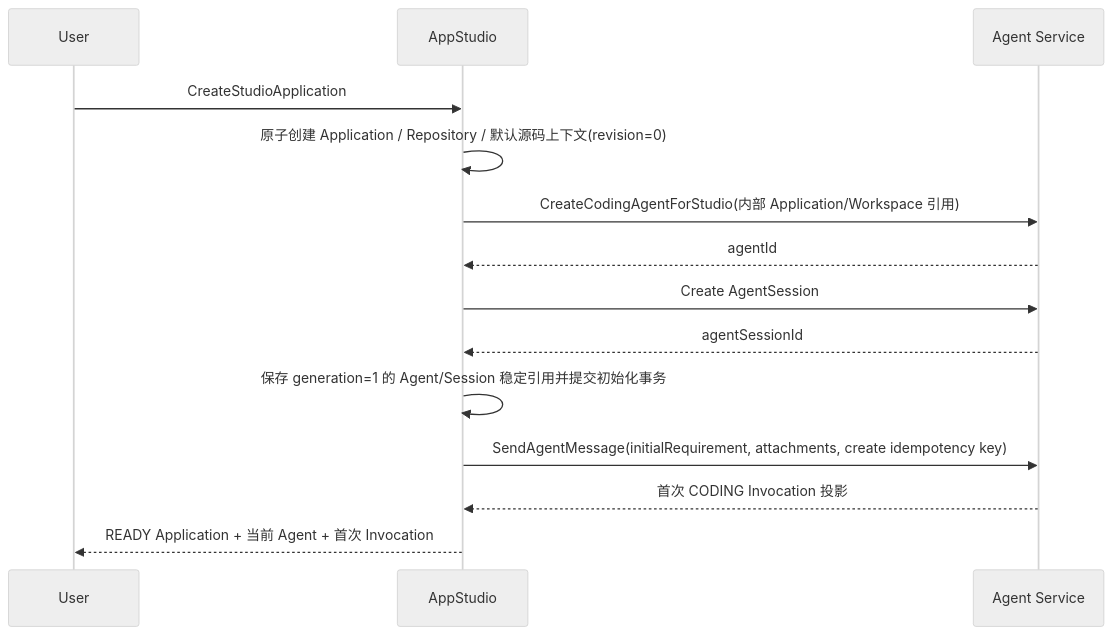
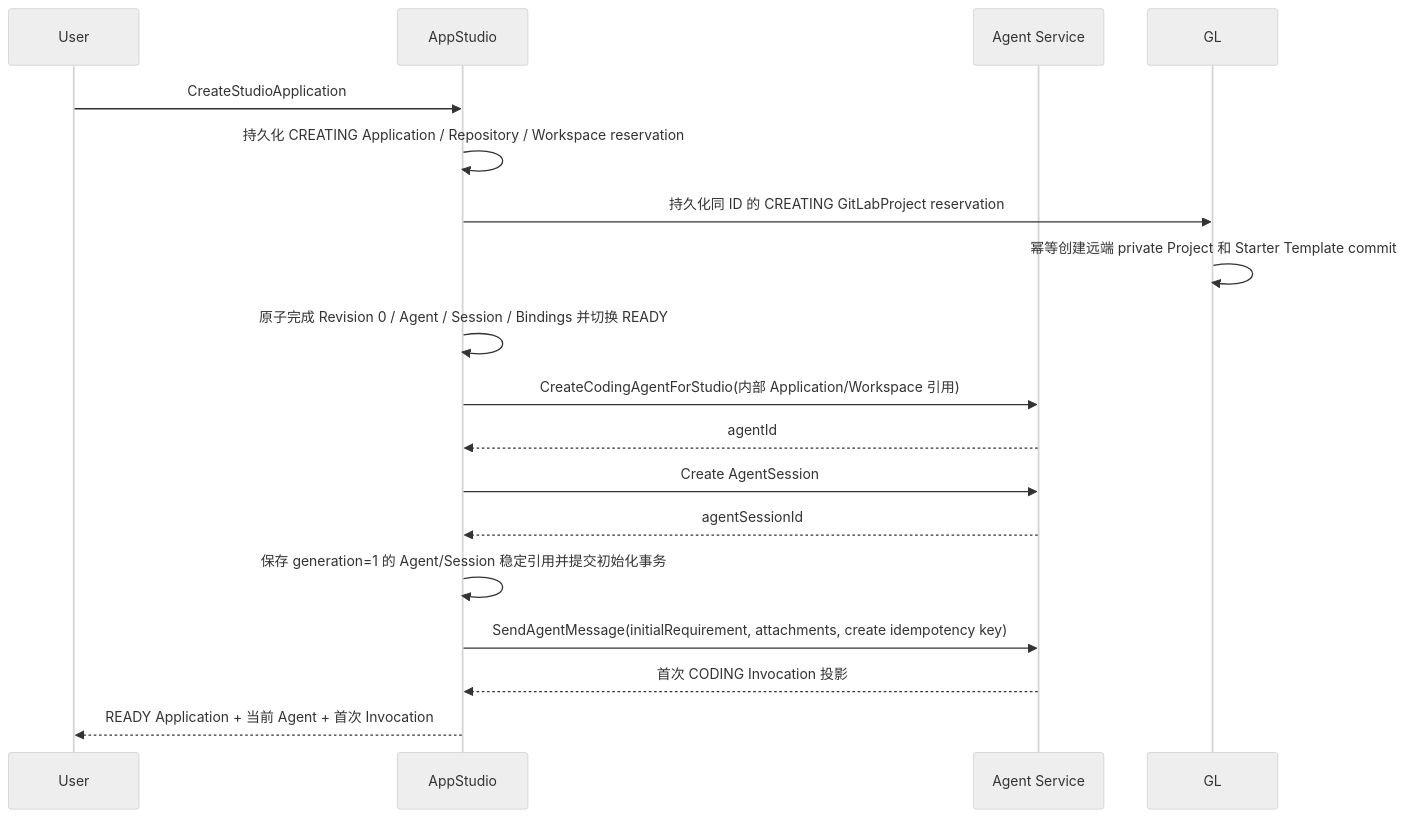
The third of 11 diagrams in 00_product/domains/appstudio/product-spec.md (wangweihong/omnimam-spec), drawn with Mermaid (neutral theme) before and after one commit. The commit also changed other lines of this file and 8 other files, not shown here.

````diff
--- a/00_product/domains/appstudio/product-spec.md
+++ b/00_product/domains/appstudio/product-spec.md
@@ -1041,20 +1041,23 @@
 ```mermaid
 sequenceDiagram
     participant U as User
     participant ST as AppStudio
     participant AS as Agent Service
 
     U->>ST: CreateStudioApplication
-    ST->>ST: 原子创建 Application / Repository / 默认源码上下文(revision=0)
+    ST->>ST: 持久化 CREATING Application / Repository / Workspace reservation
+    ST->>GL: 持久化同 ID 的 CREATING GitLabProject reservation
+    GL->>GL: 幂等创建远端 private Project 和 Starter Template commit
+    ST->>ST: 原子完成 Revision 0 / Agent / Session / Bindings 并切换 READY
 
     ST->>AS: CreateCodingAgentForStudio(内部 Application/Workspace 引用)
     AS-->>ST: agentId
 
     ST->>AS: Create AgentSession
     AS-->>ST: agentSessionId
 
     ST->>ST: 保存 generation=1 的 Agent/Session 稳定引用并提交初始化事务
     ST->>AS: SendAgentMessage(initialRequirement, attachments, create idempotency key)
     AS-->>ST: 首次 CODING Invocation 投影
     ST-->>U: READY Application + 当前 Agent + 首次 Invocation
 ```
````
